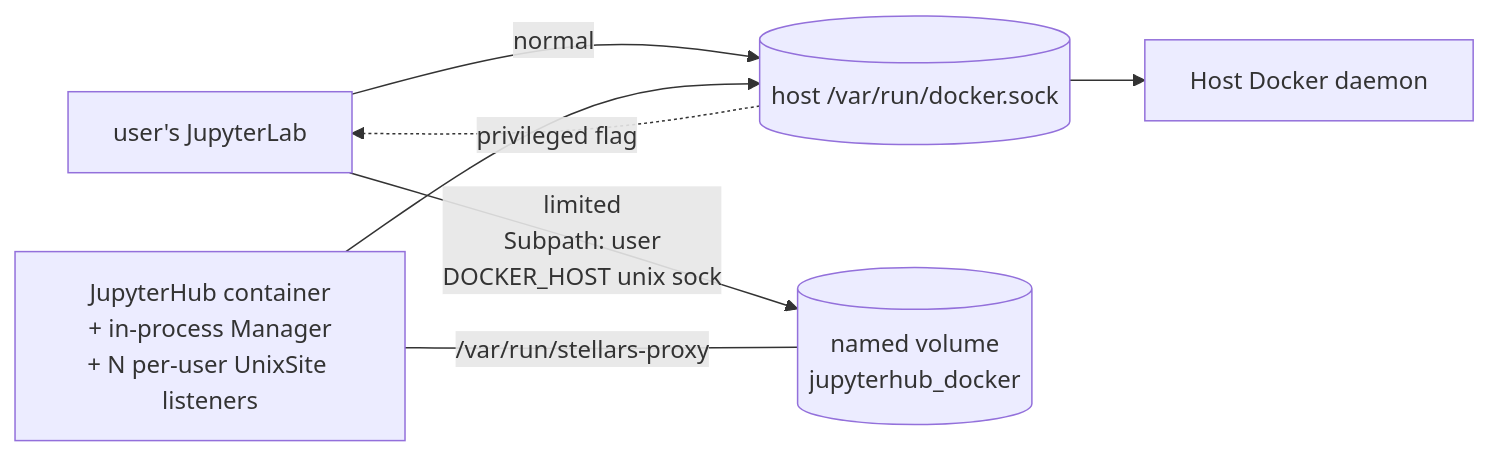
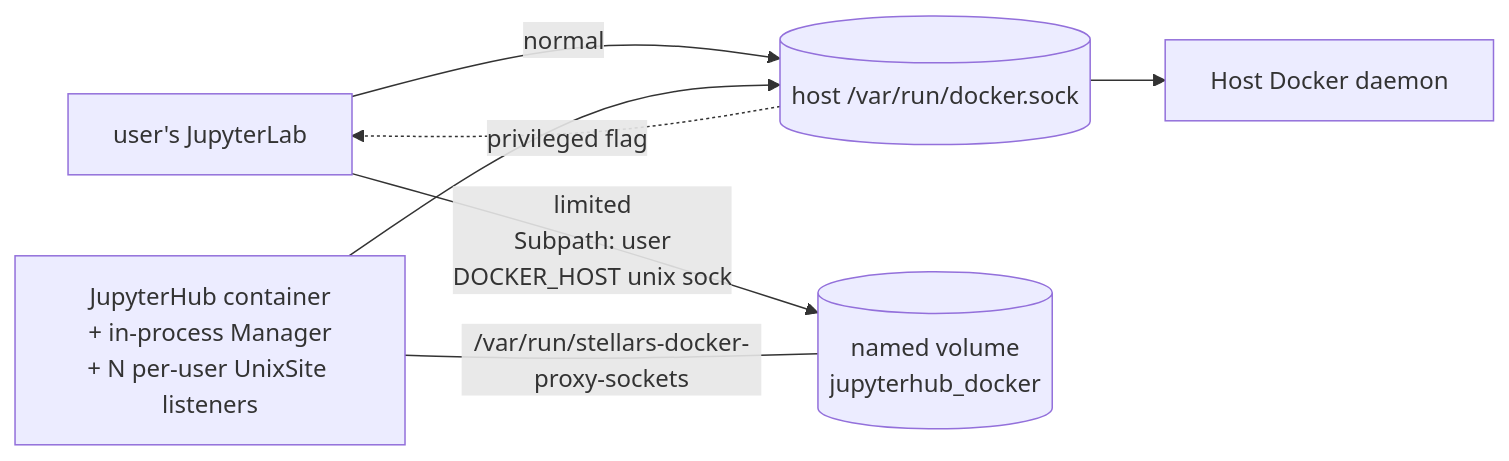
Before and after one commit to stellarshenson/stellars-jupyterhub-ds: the diagram in docs/jupyterhub-working-with-docker.md, drawn with Mermaid. The commit also changed other lines of this file and 8 other files, not shown here.

````diff
--- a/docs/jupyterhub-working-with-docker.md
+++ b/docs/jupyterhub-working-with-docker.md
@@ -41,14 +41,14 @@
 ```mermaid
 flowchart LR
     USER[user's JupyterLab]
     SOCK_RAW[(host /var/run/docker.sock)]
     VOL[(named volume<br/>jupyterhub_docker)]
     HUB[JupyterHub container<br/>+ in-process Manager<br/>+ N per-user UnixSite listeners]
     DAEMON[Host Docker daemon]
 
     USER -->|normal| SOCK_RAW --> DAEMON
     USER -->|limited<br/>Subpath: user<br/>DOCKER_HOST unix sock| VOL
-    HUB ---|/var/run/stellars-proxy| VOL
+    HUB ---|/var/run/stellars-docker-proxy-sockets| VOL
     HUB --> SOCK_RAW
     SOCK_RAW -.privileged flag.-> USER
 ```
````
